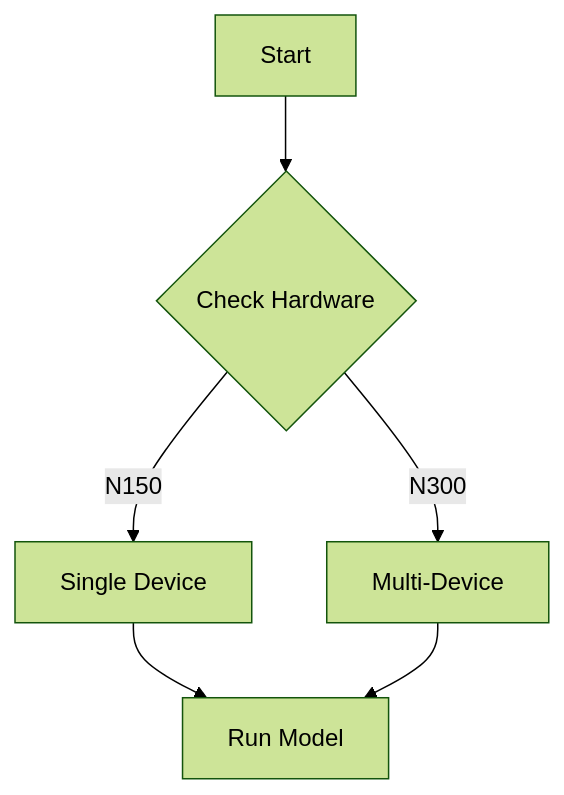
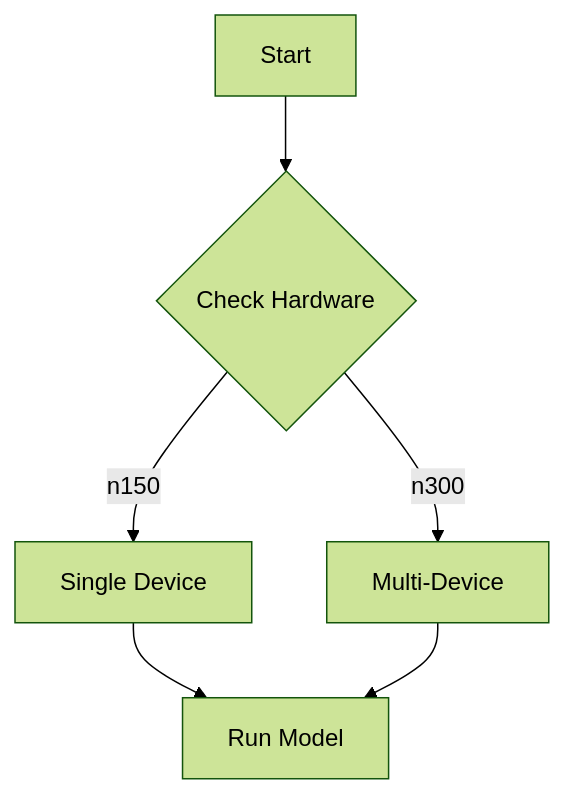
The first of 3 diagrams in docs/STYLE_GUIDE.md (tenstorrent/tt-vscode-toolkit), drawn with Mermaid (forest theme) before and after one commit. The commit also changed other lines of this file and 139 other files, not shown here.

````diff
--- a/docs/STYLE_GUIDE.md
+++ b/docs/STYLE_GUIDE.md
@@ -592,8 +606,8 @@
 ```mermaid
 graph TD
     A[Start] --> B{Check Hardware}
-    B -->|N150| C[Single Device]
-    B -->|N300| D[Multi-Device]
+    B -->|n150| C[Single Device]
+    B -->|n300| D[Multi-Device]
     C --> E[Run Model]
     D --> E
 ```
````
